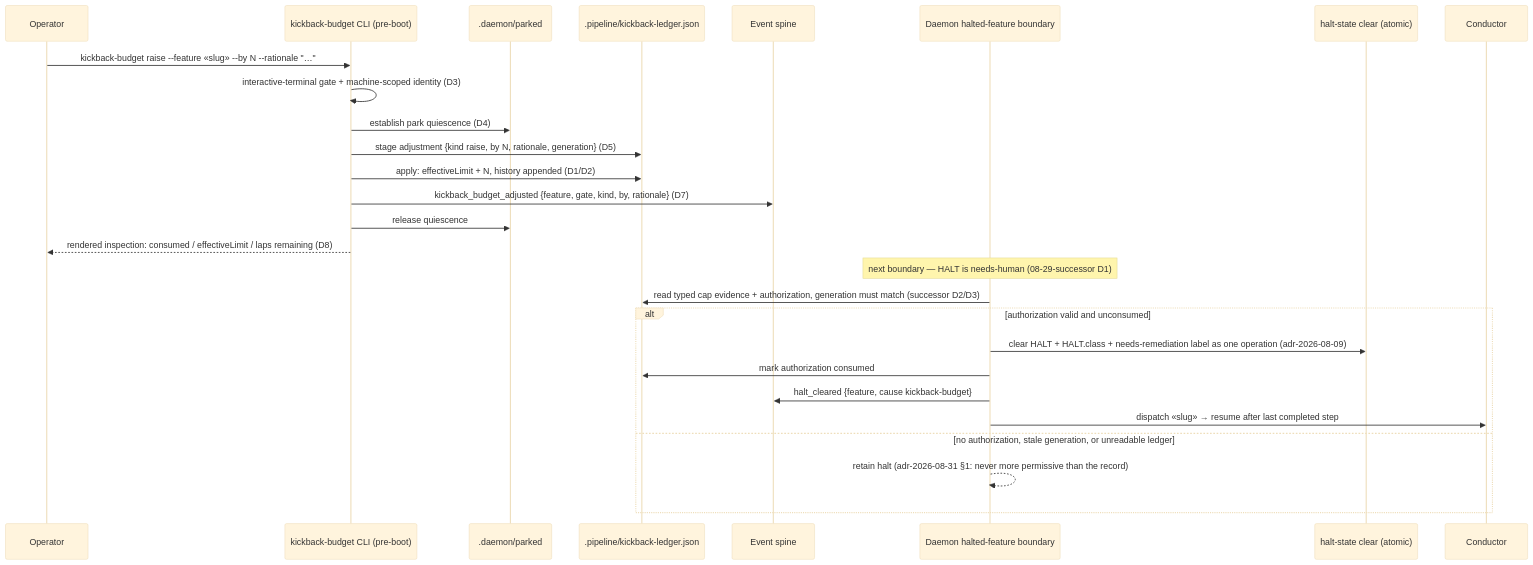
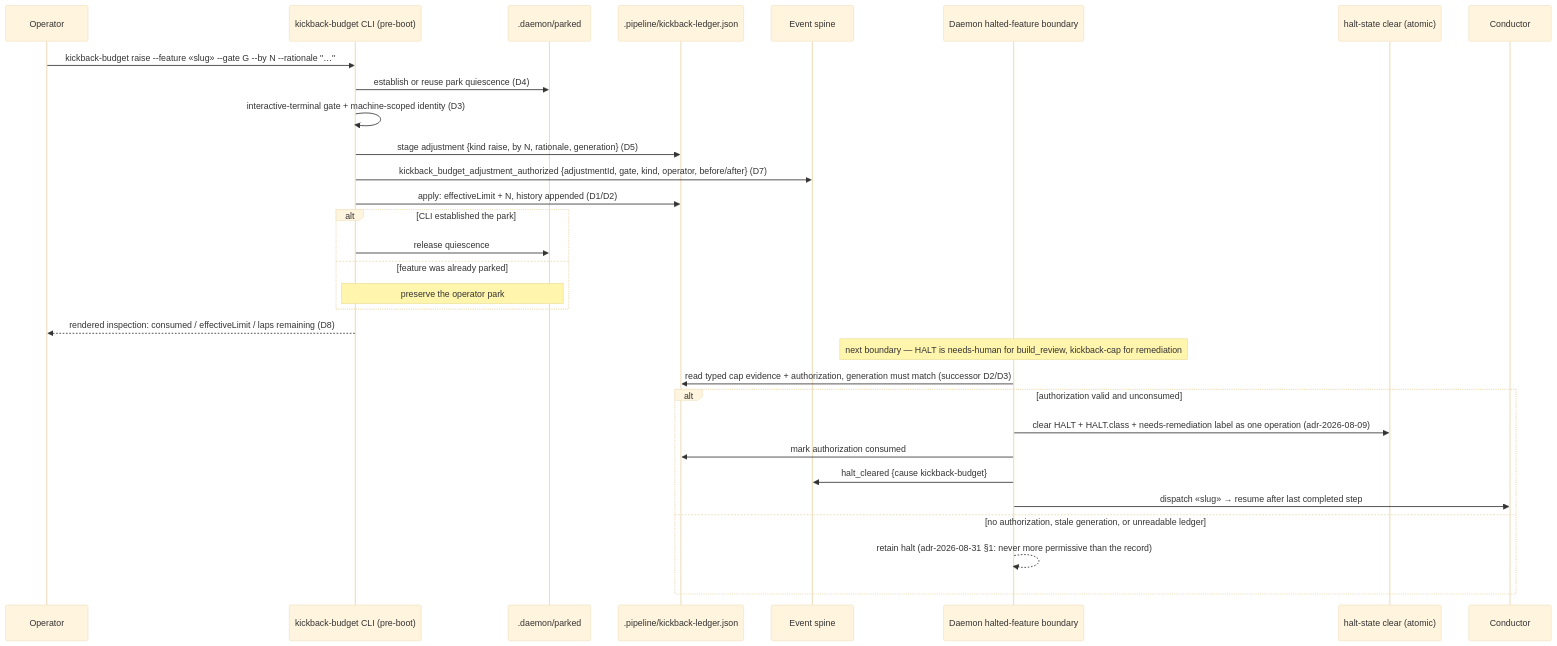
One commit to jstoup111/ai-conductor changed the second of 2 diagrams in .docs/architecture/sequences/a-halted-feature-only-re-runs-when-a-human-clears-.md. Above: the diagram before and after it, drawn with Mermaid (base theme). The commit also changed 65 other files, not shown here.

````diff
--- a/.docs/architecture/sequences/a-halted-feature-only-re-runs-when-a-human-clears-.md
+++ b/.docs/architecture/sequences/a-halted-feature-only-re-runs-when-a-human-clears-.md
@@ -35,30 +35,34 @@
 ```mermaid
 sequenceDiagram
   participant O as Operator
   participant K as kickback-budget CLI (pre-boot)
   participant P as .daemon/parked
   participant LG as .pipeline/kickback-ledger.json
   participant S as Event spine
   participant D as Daemon halted-feature boundary
   participant H as halt-state clear (atomic)
   participant C as Conductor
 
-  O->>K: kickback-budget raise --feature «slug» --by N --rationale "…"
+  O->>K: kickback-budget raise --feature «slug» --gate G --by N --rationale "…"
+  K->>P: establish or reuse park quiescence (D4)
   K->>K: interactive-terminal gate + machine-scoped identity (D3)
-  K->>P: establish park quiescence (D4)
   K->>LG: stage adjustment {kind raise, by N, rationale, generation} (D5)
+  K->>S: kickback_budget_adjustment_authorized {adjustmentId, gate, kind, operator, before/after} (D7)
   K->>LG: apply: effectiveLimit + N, history appended (D1/D2)
-  K->>S: kickback_budget_adjusted {feature, gate, kind, by, rationale} (D7)
-  K->>P: release quiescence
+  alt CLI established the park
+    K->>P: release quiescence
+  else feature was already parked
+    Note over K,P: preserve the operator park
+  end
   K-->>O: rendered inspection: consumed / effectiveLimit / laps remaining (D8)
-  Note over D: next boundary — HALT is needs-human (08-29-successor D1)
+  Note over D: next boundary — HALT is needs-human for build_review, kickback-cap for remediation
   D->>LG: read typed cap evidence + authorization, generation must match (successor D2/D3)
   alt authorization valid and unconsumed
     D->>H: clear HALT + HALT.class + needs-remediation label as one operation (adr-2026-08-09)
     D->>LG: mark authorization consumed
-    D->>S: halt_cleared {feature, cause kickback-budget}
+    D->>S: halt_cleared {cause kickback-budget}
     D->>C: dispatch «slug» → resume after last completed step
   else no authorization, stale generation, or unreadable ledger
     D-->>D: retain halt (adr-2026-08-31 §1: never more permissive than the record)
   end
 ```
````
